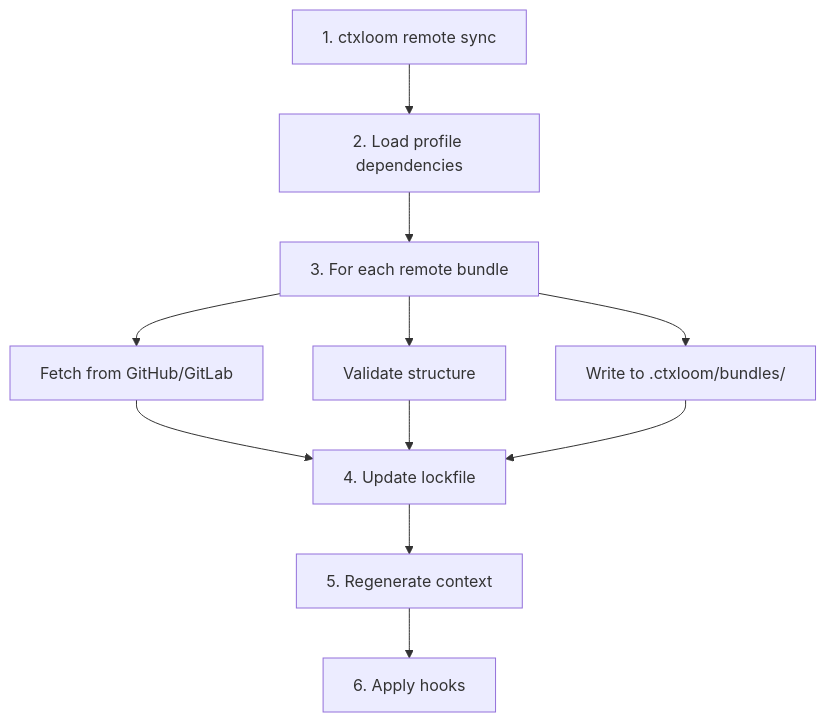
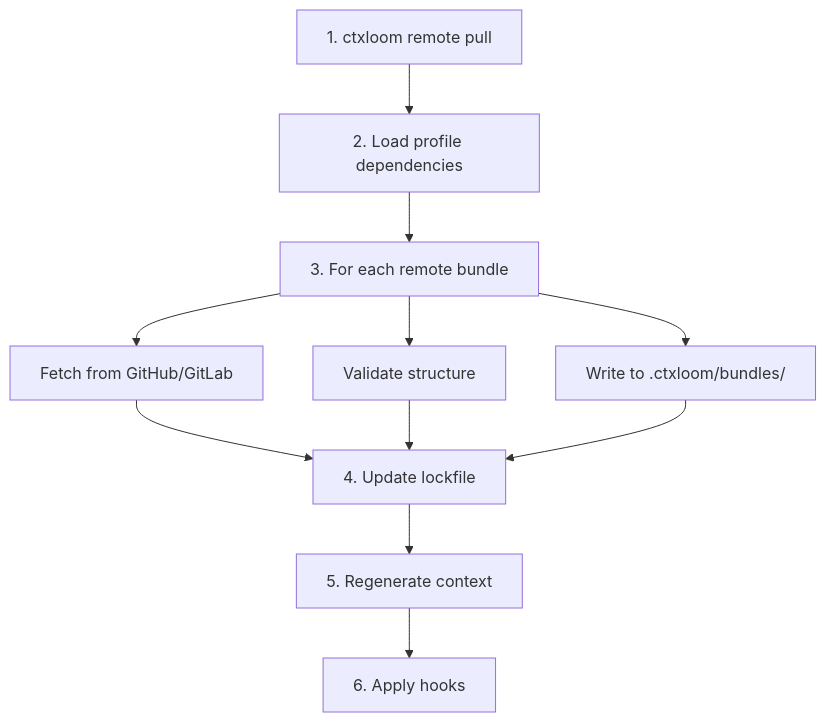
The fourth of 4 diagrams in website/src/content/docs/concepts/architecture.md (ctxloom/ctxloom), drawn with Mermaid before and after one commit. The commit also changed other lines of this file and 18 other files, not shown here.

First line of the commit message:
docs: update for reference-only model (install removed, sync→pull)

````diff
--- a/website/src/content/docs/concepts/architecture.md
+++ b/website/src/content/docs/concepts/architecture.md
@@ -148,13 +148,13 @@
 ```mermaid
 flowchart TD
-    A["1. ctxloom remote sync"] --> B["2. Load profile dependencies"]
+    A["1. ctxloom remote pull"] --> B["2. Load profile dependencies"]
     B --> C["3. For each remote bundle"]
     C --> D["Fetch from GitHub/GitLab"]
     C --> E["Validate structure"]
     C --> F["Write to .ctxloom/bundles/"]
     D --> G["4. Update lockfile"]
     E --> G
     F --> G
     G --> H["5. Regenerate context"]
     H --> I["6. Apply hooks"]
 ```
````
